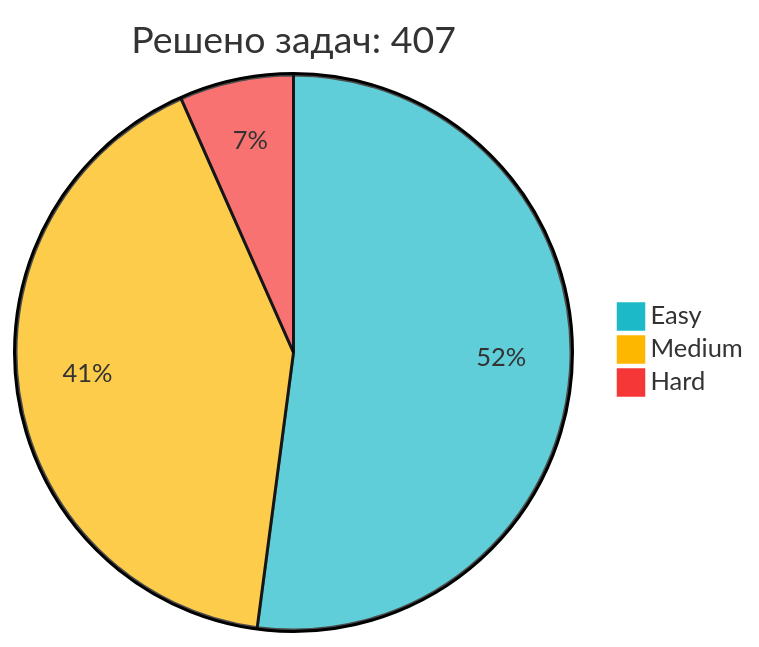
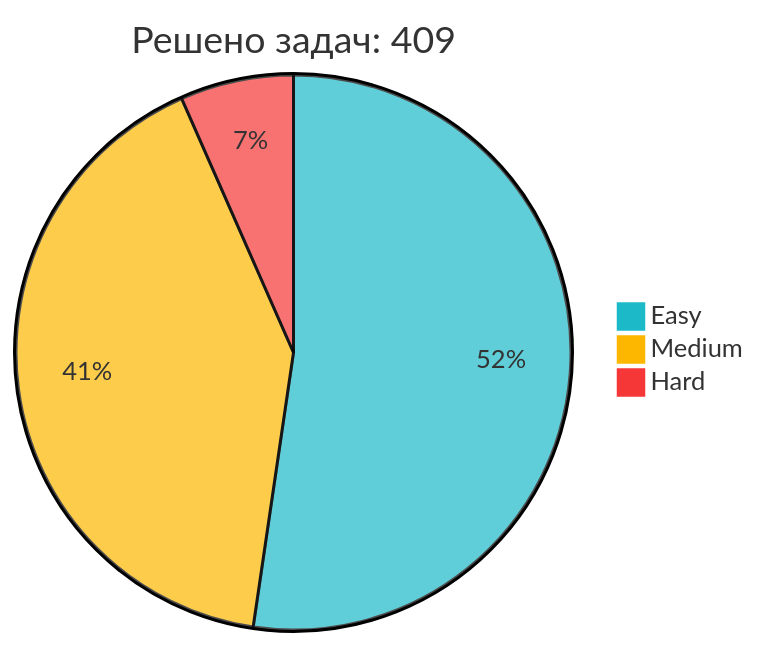
One commit to IliaKurdukov/IliaKurdukov changed the diagram in README.md. Above: the diagram before and after it, drawn with Mermaid. The commit also changed other lines of this file, not shown here.

Commit message:
📈 Обновление статистики LeetCode

````diff
--- a/README.md
+++ b/README.md
@@ -51,7 +51,7 @@
 ```mermaid
 %%{init: {'theme': 'base', 'themeVariables': { 'pie1': '#1CBAC8', 'pie2': '#FEB700', 'pie3': '#F63737' }, 'config': {'width': 300, 'height': 200}}}%%
-pie title Решено задач: 407
-   "Easy" : 212
+pie title Решено задач: 409
+   "Easy" : 214
    "Medium" : 168
    "Hard" : 27
 ```
````
